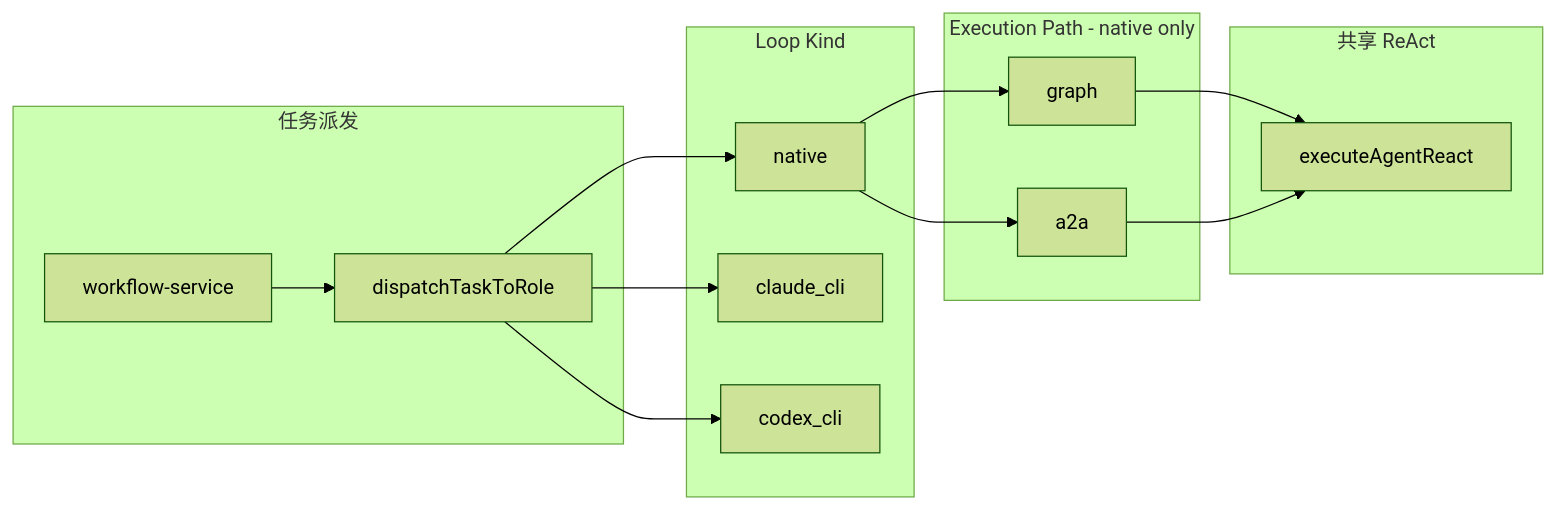
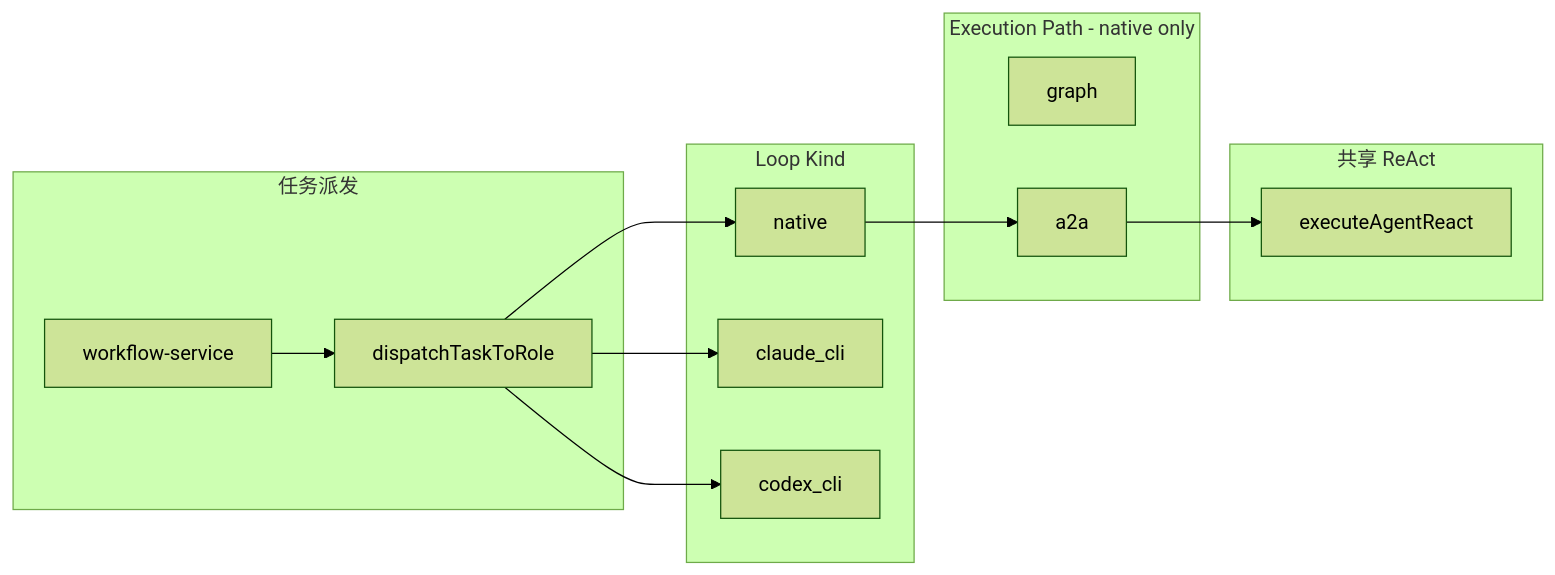
The second of 5 diagrams in docs/ARCHITECTURE.md (SupUnicornAlpha/qubit-agent), drawn with Mermaid (forest theme) before and after one commit. The commit also changed other lines of this file and 29 other files, not shown here.

````diff
--- a/docs/ARCHITECTURE.md
+++ b/docs/ARCHITECTURE.md
@@ -126,31 +126,29 @@
 ```mermaid
 flowchart LR
   subgraph dispatch [任务派发]
     WFS[workflow-service]
     AP[dispatchTaskToRole]
   end
 
   subgraph loop [Loop Kind]
     Native[native]
     Claude[claude_cli]
     Codex[codex_cli]
   end
 
   subgraph path [Execution Path - native only]
     Graph[graph]
     A2A[a2a]
   end
 
   subgraph react [共享 ReAct]
     EAR[executeAgentReact]
   end
 
   WFS --> AP
   AP --> Native
   AP --> Claude
   AP --> Codex
-  Native --> Graph
   Native --> A2A
-  Graph --> EAR
   A2A --> EAR
 ```
````
